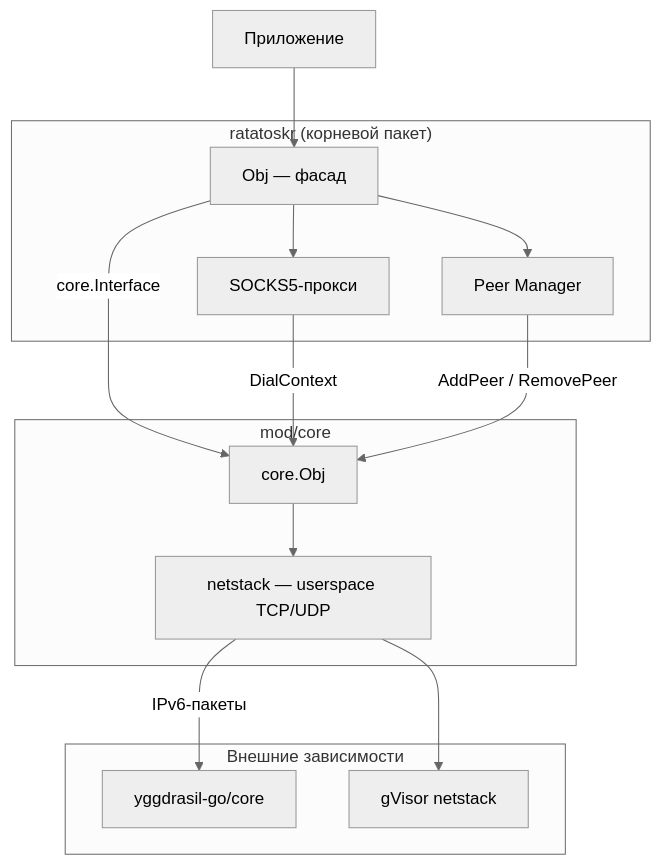
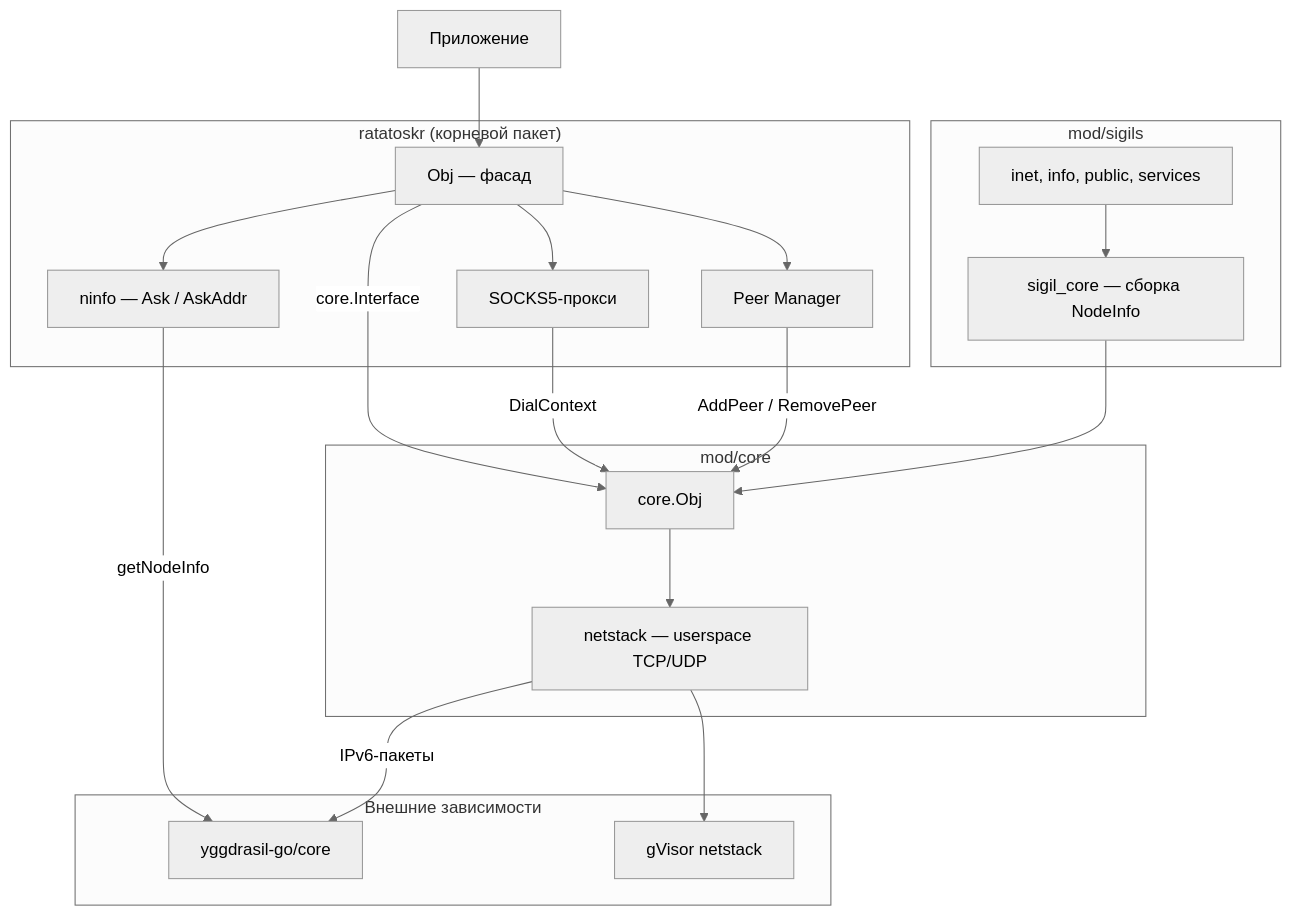
One commit to voluminor/ratatoskr changed the first of 6 diagrams in README.RU.md. Above: the diagram before and after it, drawn with Mermaid (neutral theme). The commit also changed other lines of this file and 1 other file, not shown here.

Commit message:
add/new-mod [v0.1.3]  корневая реадмишка

````diff
--- a/README.RU.md
+++ b/README.RU.md
@@ -124,30 +125,40 @@
 ```mermaid
 flowchart TB
     App[Приложение]
 
   subgraph ratatoskr["ratatoskr (корневой пакет)"]
     Obj["Obj — фасад"]
     SOCKS["SOCKS5-прокси"]
     PeerMgr["Peer Manager"]
+    NInfo["ninfo — Ask / AskAddr"]
   end
 
   subgraph core["mod/core"]
     CoreObj["core.Obj"]
     Netstack["netstack — userspace TCP/UDP"]
+  end
+
+  subgraph sigils["mod/sigils"]
+    SigilCore["sigil_core — сборка NodeInfo"]
+    Sigils["inet, info, public, services"]
   end
 
   subgraph external["Внешние зависимости"]
     YggCore["yggdrasil-go/core"]
     gVisor["gVisor netstack"]
   end
 
   App --> Obj
   Obj -->|" core.Interface "| CoreObj
   Obj --> SOCKS
   Obj --> PeerMgr
+  Obj --> NInfo
+  NInfo -->|" getNodeInfo "| YggCore
   SOCKS -->|" DialContext "| CoreObj
   PeerMgr -->|" AddPeer / RemovePeer "| CoreObj
+  SigilCore --> CoreObj
+  Sigils --> SigilCore
   CoreObj --> Netstack
   Netstack --> gVisor
   Netstack -->|" IPv6-пакеты "| YggCore
 ```
````
